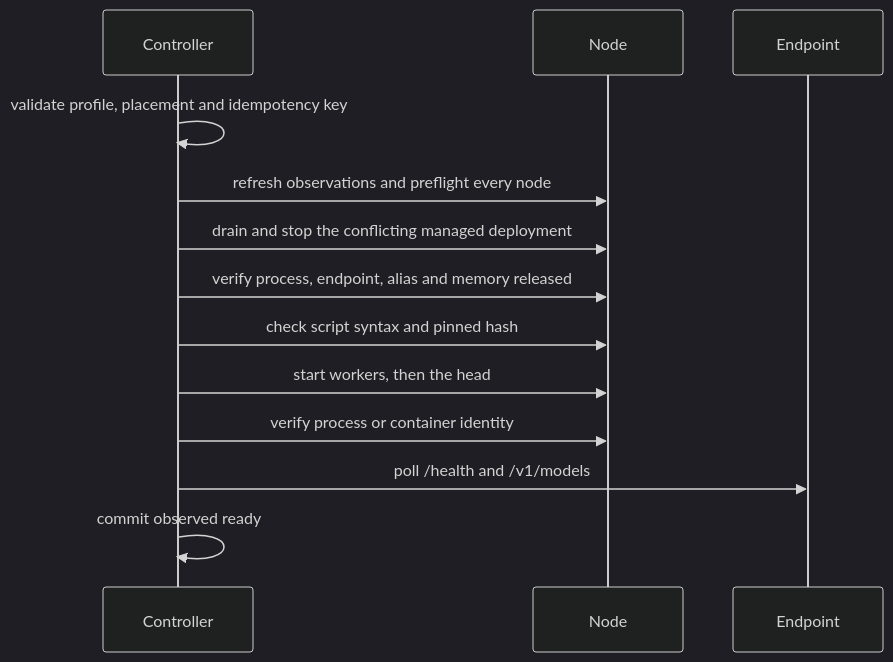
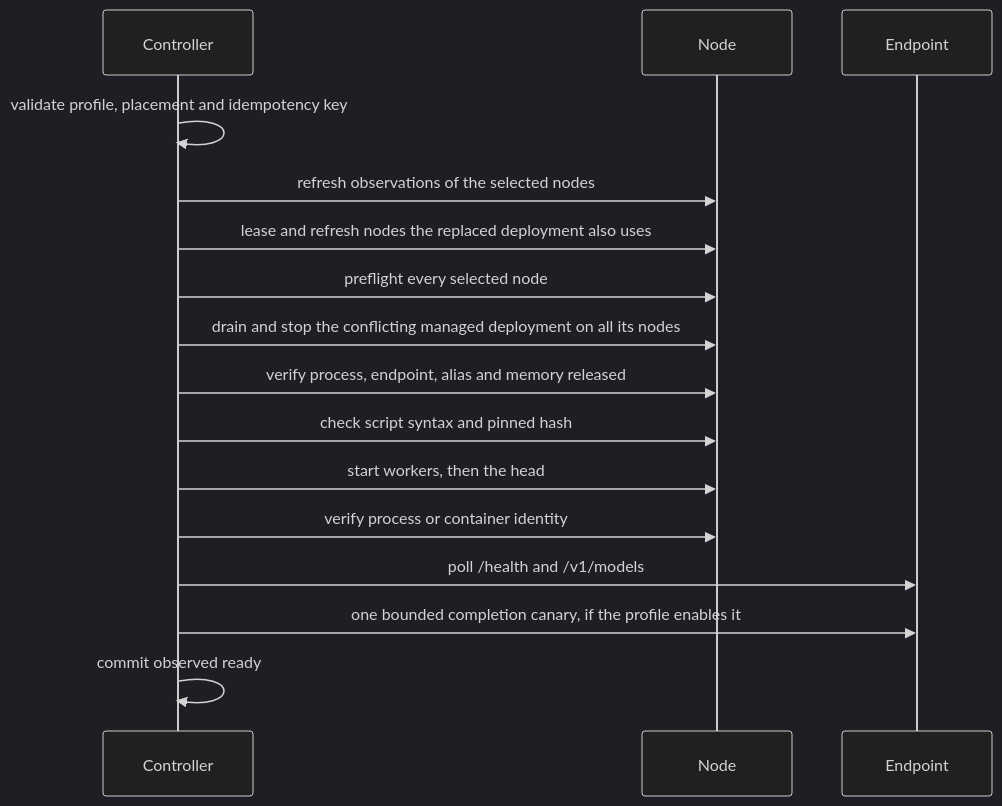
One commit to lucamotz/dgx-spark-controller changed the diagram in docs/OPERATIONS.md. Above: the diagram before and after it, drawn with Mermaid (dark theme). The commit also changed other lines of this file and 28 other files, not shown here.

````diff
--- a/docs/OPERATIONS.md
+++ b/docs/OPERATIONS.md
@@ -22,15 +22,18 @@
 ```mermaid
 sequenceDiagram
   participant C as Controller
   participant N as Node
   participant E as Endpoint
   C->>C: validate profile, placement and idempotency key
-  C->>N: refresh observations and preflight every node
-  C->>N: drain and stop the conflicting managed deployment
+  C->>N: refresh observations of the selected nodes
+  C->>N: lease and refresh nodes the replaced deployment also uses
+  C->>N: preflight every selected node
+  C->>N: drain and stop the conflicting managed deployment on all its nodes
   C->>N: verify process, endpoint, alias and memory released
   C->>N: check script syntax and pinned hash
   C->>N: start workers, then the head
   C->>N: verify process or container identity
   C->>E: poll /health and /v1/models
+  C->>E: one bounded completion canary, if the profile enables it
   C->>C: commit observed ready
 ```
````
